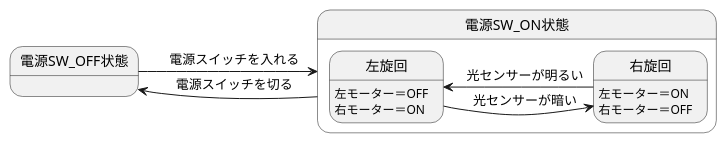
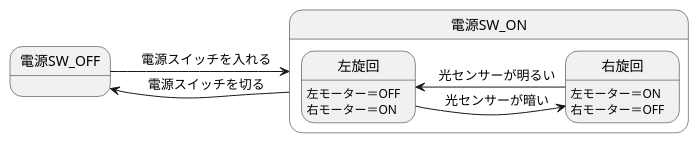
The diagram in 6/演習6-5-3_ステートマシン図_ライントレーサー.pu (chibachibaibu2003/laughing-carnival), drawn with PlantUML before and after one commit.

Commit message:
演習6-5-3の訂正

```diff
--- a/6/演習6-5-3_ステートマシン図_ライントレーサー.pu
+++ b/6/演習6-5-3_ステートマシン図_ライントレーサー.pu
@@ -1,22 +1,22 @@
 @startuml 演習6-5-3
-    state 電源SW_OFF状態{
+    state 電源SW_OFF{
 
     }
-    state 電源SW_ON状態{
+    state 電源SW_ON{
         state 左旋回{
 
         }
         state 右旋回{
             
         }
     }
     左旋回:左モーター＝OFF
     左旋回:右モーター＝ON
     右旋回:左モーター＝ON
     右旋回:右モーター＝OFF
-    電源SW_OFF状態->電源SW_ON状態:　電源スイッチを入れる
-    電源SW_OFF状態<-電源SW_ON状態:　電源スイッチを切る
+    電源SW_OFF->電源SW_ON:　電源スイッチを入れる
+    電源SW_OFF<-電源SW_ON:　電源スイッチを切る
     左旋回->右旋回:　光センサーが暗い
     右旋回->左旋回:　光センサーが明るい
 
 @enduml
```
